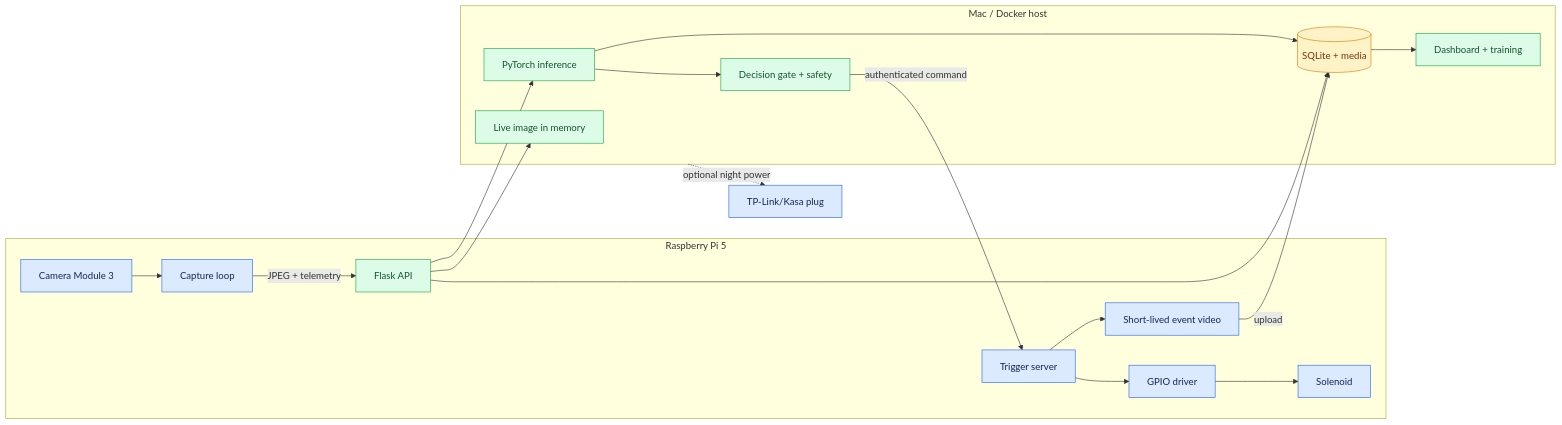
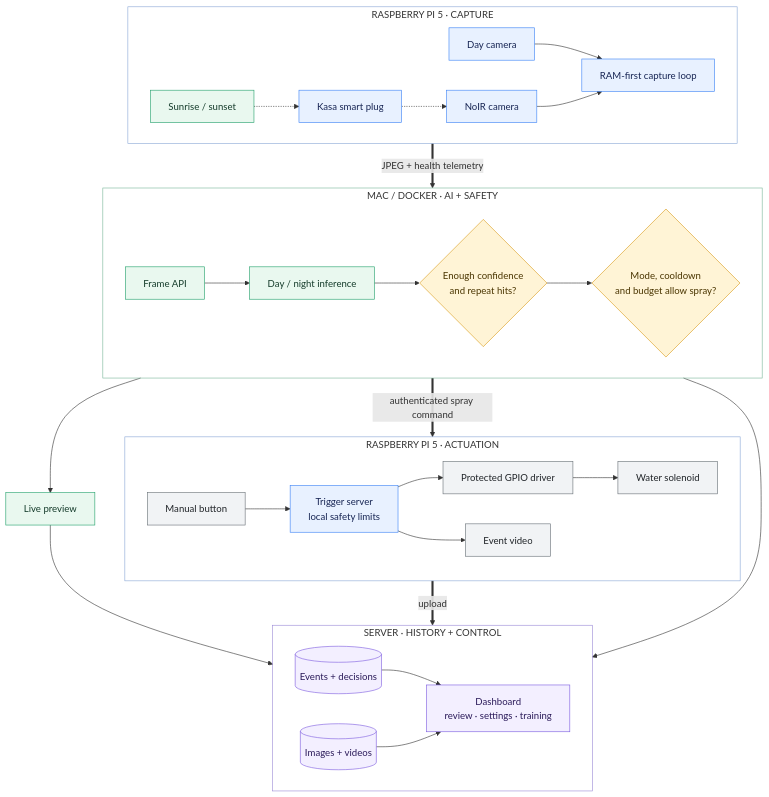
One commit to nkgilley/squirrel-soaker changed the diagram in docs/ARCHITECTURE.md. Above: the diagram before and after it, drawn with Mermaid. The commit also changed 2 other files, not shown here.

Commit message:
Redesign architecture diagrams

````diff
--- a/docs/ARCHITECTURE.md
+++ b/docs/ARCHITECTURE.md
@@ -5,25 +5,50 @@
 ```mermaid
-flowchart LR
-  subgraph PI["Raspberry Pi 5"]
-    C["Camera Module 3"] --> L["Capture loop"]
-    L -->|"JPEG + telemetry"| A
-    T["Trigger server"] --> G["GPIO driver"] --> S["Solenoid"]
-    T --> V["Short-lived event video"]
-  end
-  subgraph SERVER["Mac / Docker host"]
-    A["Flask API"] --> M["PyTorch inference"] --> Q["Decision gate + safety"]
-    A --> I["Live image in memory"]
-    Q -->|"authenticated command"| T
-    A --> D[("SQLite + media")]
-    M --> D
-    D --> U["Dashboard + training"]
-  end
-  V -->|"upload"| D
-  SERVER -. "optional night power" .-> K["TP-Link/Kasa plug"]
-  classDef device fill:#dbeafe,stroke:#2563eb,color:#172554
-  classDef app fill:#dcfce7,stroke:#16a34a,color:#14532d
-  classDef data fill:#fef3c7,stroke:#d97706,color:#78350f
-  class C,L,T,G,S,V,K device
-  class A,M,Q,I,U app
-  class D data
+flowchart TB
+    subgraph CAPTURE["RASPBERRY PI 5 · CAPTURE"]
+        direction LR
+        SUN["Sunrise / sunset"] -.-> PLUG["Kasa smart plug"] -.-> NIGHT["NoIR camera"]
+        DAY["Day camera"] --> CAP["RAM-first capture loop"]
+        NIGHT --> CAP
+    end
+
+    subgraph INTELLIGENCE["MAC / DOCKER · AI + SAFETY"]
+        direction LR
+        API["Frame API"] --> MODEL["Day / night inference"]
+        MODEL --> DETECT{"Enough confidence<br/>and repeat hits?"}
+        DETECT --> SAFE{"Mode, cooldown<br/>and budget allow spray?"}
+    end
+
+    subgraph ACTION["RASPBERRY PI 5 · ACTUATION"]
+        direction LR
+        BUTTON["Manual button"] --> TRIGGER["Trigger server<br/>local safety limits"]
+        TRIGGER --> DRIVER["Protected GPIO driver"] --> VALVE["Water solenoid"]
+        TRIGGER --> VIDEO["Event video"]
+    end
+
+    subgraph HISTORY["SERVER · HISTORY + CONTROL"]
+        direction LR
+        EVENTS[("Events + decisions")] --> UI["Dashboard<br/>review · settings · training"]
+        MEDIA[("Images + videos")] --> UI
+    end
+
+    CAP == "JPEG + health telemetry" ==> API
+    SAFE == "authenticated spray command" ==> TRIGGER
+    API --> LIVE["Live preview"] --> MEDIA
+    MODEL --> EVENTS
+    VIDEO == "upload" ==> MEDIA
+
+    classDef pi fill:#e8f1ff,stroke:#3b82f6,color:#172554
+    classDef server fill:#e9f8ef,stroke:#22a06b,color:#153c2b
+    classDef safety fill:#fff4d6,stroke:#d89b18,color:#4a3500
+    classDef data fill:#f3efff,stroke:#7c5ce0,color:#2b1b5a
+    classDef hardware fill:#f1f3f5,stroke:#687076,color:#202428
+    class DAY,NIGHT,CAP,TRIGGER,PLUG pi
+    class API,MODEL,LIVE,SUN server
+    class DETECT,SAFE safety
+    class EVENTS,MEDIA,UI data
+    class BUTTON,VIDEO,DRIVER,VALVE hardware
+    style CAPTURE fill:transparent,stroke:#8aa7d6,stroke-width:1px
+    style INTELLIGENCE fill:transparent,stroke:#79b69a,stroke-width:1px
+    style ACTION fill:transparent,stroke:#8aa7d6,stroke-width:1px
+    style HISTORY fill:transparent,stroke:#9b8ad6,stroke-width:1px
 ```
````
